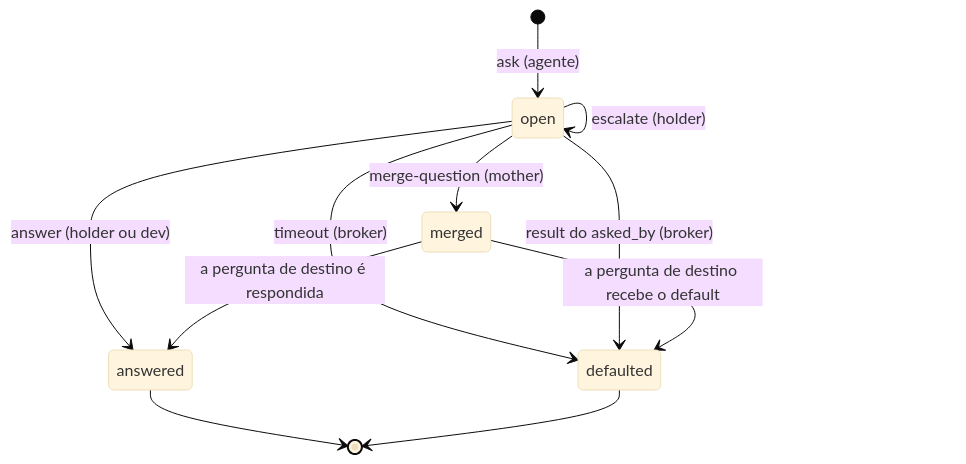
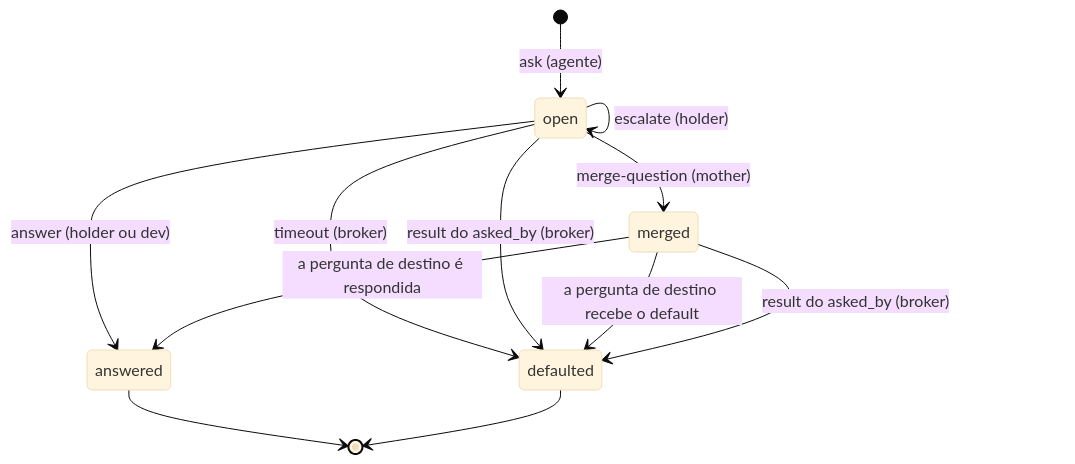
Before and after one commit to sh4wty1/squad-code-mcp: the second of 4 diagrams in .design/squad-mvp.md, drawn with Mermaid (base theme). The commit also changed other lines of this file and 2 other files, not shown here.

````diff
--- a/.design/squad-mvp.md
+++ b/.design/squad-mvp.md
@@ -398,13 +451,14 @@
 ```mermaid
 stateDiagram-v2
   [*] --> open: ask (agente)
   open --> open: escalate (holder)
   open --> answered: answer (holder ou dev)
   open --> defaulted: timeout (broker)
   open --> defaulted: result do asked_by (broker)
   open --> merged: merge-question (mother)
   merged --> answered: a pergunta de destino é respondida
   merged --> defaulted: a pergunta de destino recebe o default
+  merged --> defaulted: result do asked_by (broker)
   answered --> [*]
   defaulted --> [*]
 ```
````
